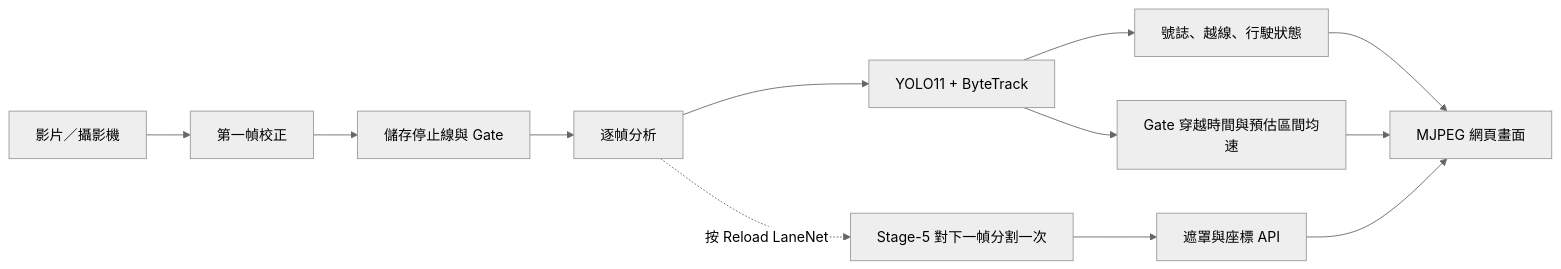
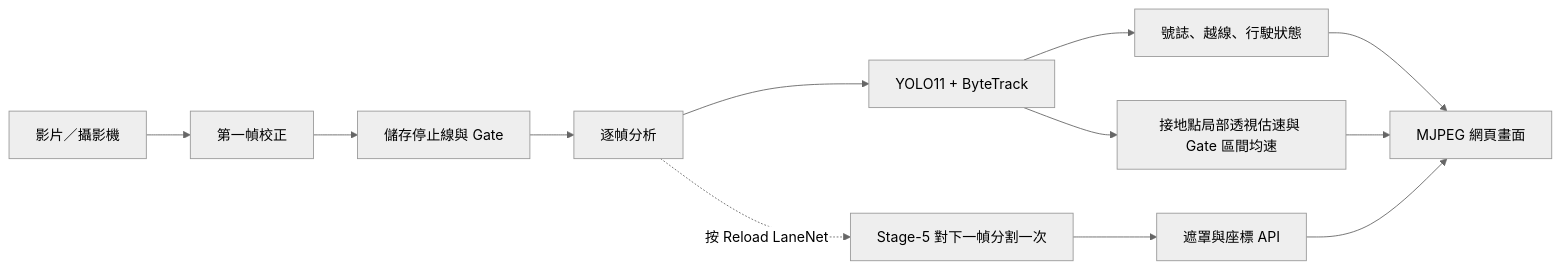
Before and after one commit to youying971201-lgtm/proj: the diagram in README.md, drawn with Mermaid (neutral theme). The commit also changed other lines of this file and 8 other files, not shown here.

````diff
--- a/README.md
+++ b/README.md
@@ -27,14 +27,14 @@
 ```mermaid
 flowchart LR
     A[影片／攝影機] --> B[第一幀校正]
     B --> C[儲存停止線與 Gate]
     C --> D[逐幀分析]
     D --> E[YOLO11 + ByteTrack]
     D -. 按 Reload LaneNet .-> F[Stage-5 對下一幀分割一次]
     E --> G[號誌、越線、行駛狀態]
-    E --> J[Gate 穿越時間與預估區間均速]
+    E --> J[接地點局部透視估速與 Gate 區間均速]
     F --> H[遮罩與座標 API]
     G --> I[MJPEG 網頁畫面]
     J --> I
     H --> I
 ```
````
